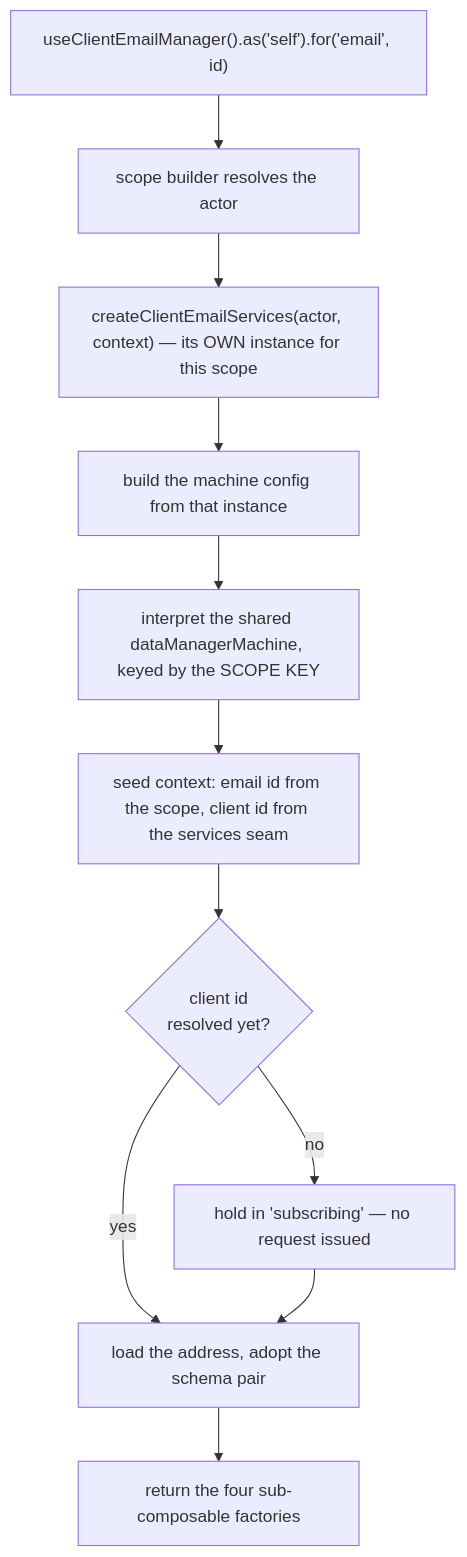
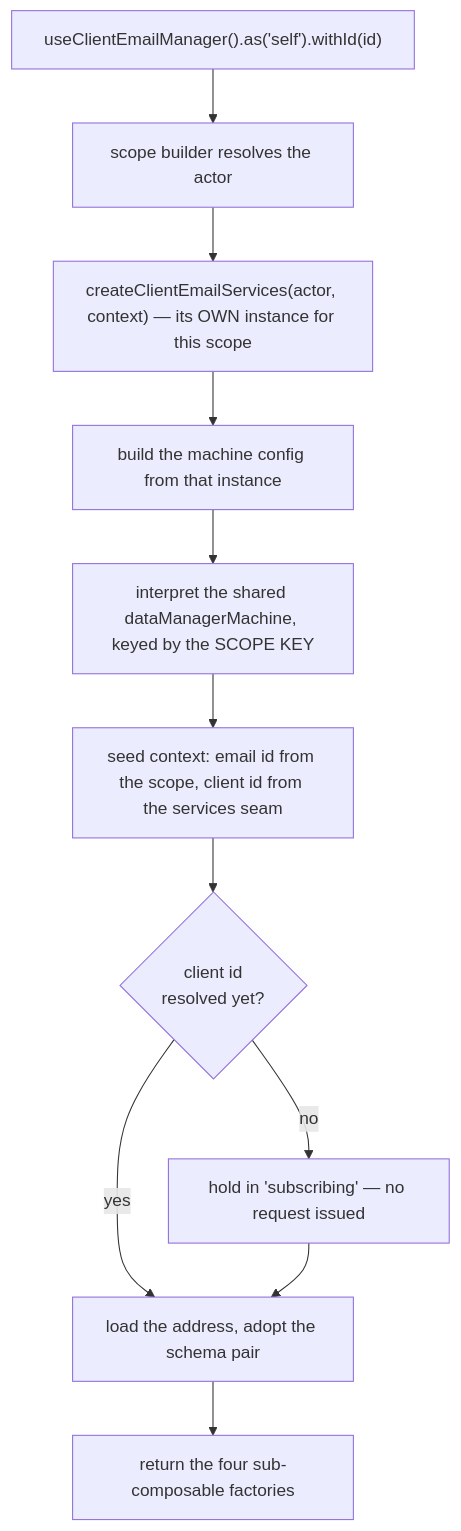
One commit to upmind/upmind-ui changed the second of 5 diagrams in packages/headless/src/modules/client-email/docs/architecture.md. Above: the diagram before and after it, drawn with Mermaid. The commit also changed 8 other files, not shown here.

First line of the commit message:
refactor: update context method from `.for('email', id)` to `.withId(id)` across client-email module

````diff
--- a/packages/headless/src/modules/client-email/docs/architecture.md
+++ b/packages/headless/src/modules/client-email/docs/architecture.md
@@ -31,13 +31,13 @@
 ```mermaid
 flowchart TD
-  call["useClientEmailManager().as('self').for('email', id)"] --> resolve["scope builder resolves the actor"]
+  call["useClientEmailManager().as('self').withId(id)"] --> resolve["scope builder resolves the actor"]
   resolve --> services["createClientEmailServices(actor, context) — its OWN instance for this scope"]
   services --> config["build the machine config from that instance"]
   config --> interpret["interpret the shared dataManagerMachine, keyed by the SCOPE KEY"]
   interpret --> seed["seed context: email id from the scope, client id from the services seam"]
   seed --> topup{"client id<br/>resolved yet?"}
   topup -- no --> wait["hold in 'subscribing' — no request issued"]
   topup -- yes --> load["load the address, adopt the schema pair"]
   wait --> load
   load --> ready["return the four sub-composable factories"]
 ```
````
